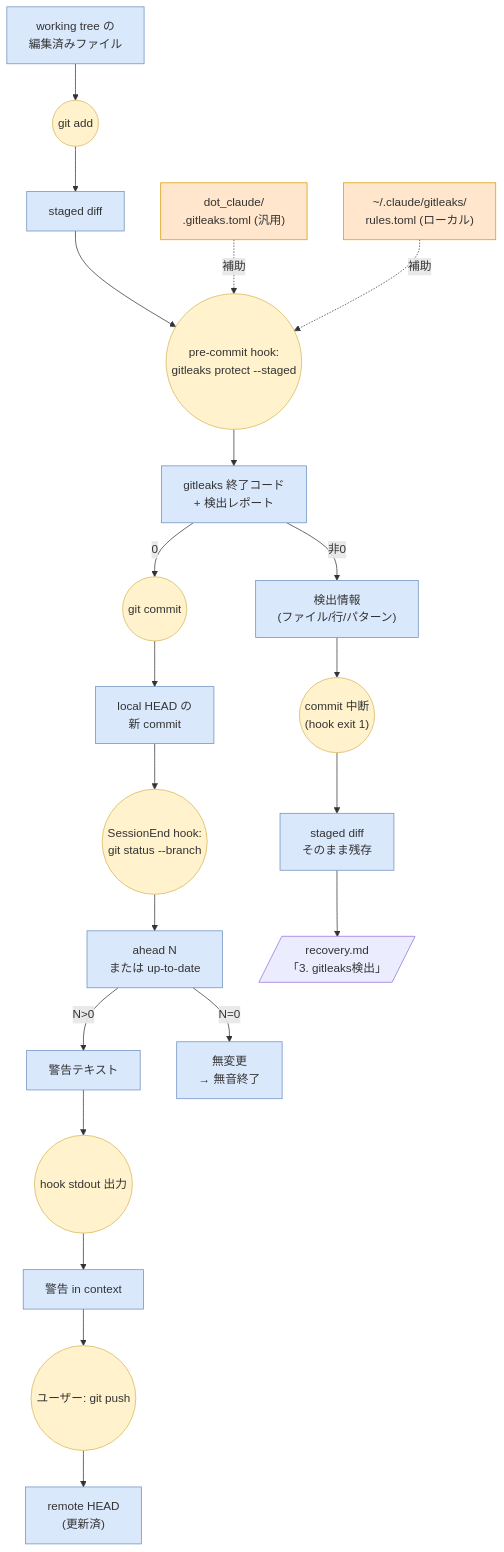
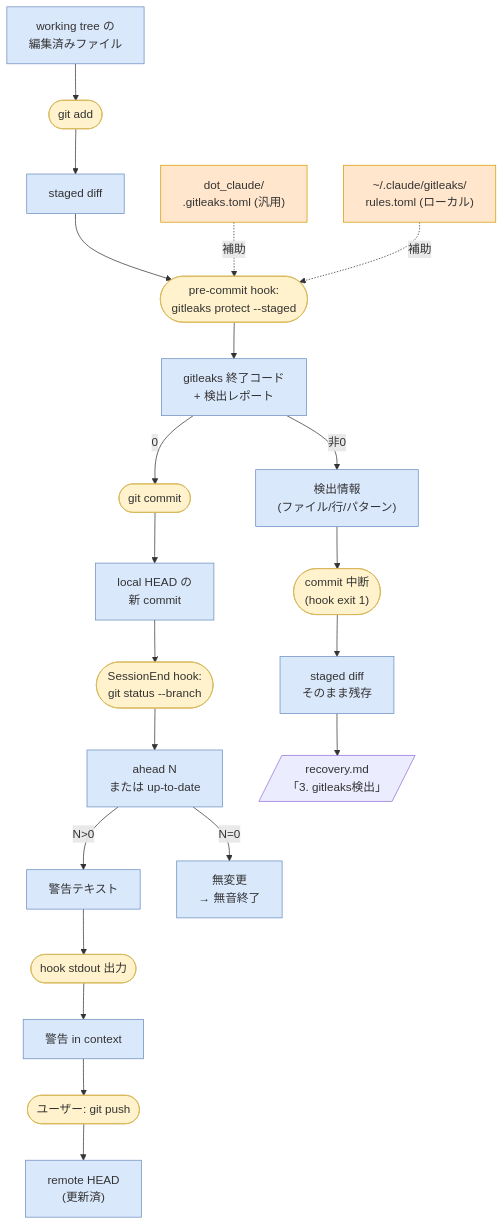
One commit to honokani/dot_claude changed the second of 2 diagrams in features/auto_manage/flow_diagram.md. Above: the diagram before and after it, drawn with Mermaid. The commit also changed other lines of this file and 3 other files, not shown here.

````diff
--- a/features/auto_manage/flow_diagram.md
+++ b/features/auto_manage/flow_diagram.md
@@ -35,43 +35,43 @@
 ```mermaid
 flowchart TD
     O_edit["working tree の<br/>編集済みファイル"]
-    T_add(("git add"))
+    T_add(["git add"])
     O_staged["staged diff"]
-    T_hook(("pre-commit hook:<br/>gitleaks protect --staged"))
+    T_hook(["pre-commit hook:<br/>gitleaks protect --staged"])
     O_rules_pub["dot_claude/<br/>.gitleaks.toml (汎用)"]
     O_rules_loc["~/.claude/gitleaks/<br/>rules.toml (ローカル)"]
     O_result["gitleaks 終了コード<br/>+ 検出レポート"]
 
-    T_commit(("git commit"))
+    T_commit(["git commit"])
     O_head["local HEAD の<br/>新 commit"]
-    T_status(("SessionEnd hook:<br/>git status --branch"))
+    T_status(["SessionEnd hook:<br/>git status --branch"])
     O_ahead["ahead N<br/>または up-to-date"]
     O_warn["警告テキスト"]
-    T_out(("hook stdout 出力"))
+    T_out(["hook stdout 出力"])
     O_ctx["警告 in context"]
-    T_push(("ユーザー: git push"))
+    T_push(["ユーザー: git push"])
     O_remote["remote HEAD<br/>(更新済)"]
     O_noop["無変更<br/>→ 無音終了"]
 
     O_detect["検出情報<br/>(ファイル/行/パターン)"]
-    T_abort(("commit 中断<br/>(hook exit 1)"))
+    T_abort(["commit 中断<br/>(hook exit 1)"])
     O_staged_left["staged diff<br/>そのまま残存"]
     R_gl[/"recovery.md<br/>「3. gitleaks検出」"/]
 
     O_edit --> T_add --> O_staged --> T_hook --> O_result
     O_rules_pub -.補助.-> T_hook
     O_rules_loc -.補助.-> T_hook
 
     O_result -->|"0"| T_commit --> O_head --> T_status --> O_ahead
     O_ahead -->|"N>0"| O_warn --> T_out --> O_ctx --> T_push --> O_remote
     O_ahead -->|"N=0"| O_noop
 
     O_result -->|"非0"| O_detect --> T_abort --> O_staged_left --> R_gl
 
     classDef obj fill:#dae8fc,stroke:#6c8ebf
     classDef task fill:#fff2cc,stroke:#d6b656
     classDef aux fill:#ffe6cc,stroke:#d79b00
     class O_edit,O_staged,O_result,O_head,O_ahead,O_warn,O_ctx,O_remote,O_noop,O_detect,O_staged_left obj
     class T_add,T_hook,T_commit,T_status,T_out,T_push,T_abort task
     class O_rules_pub,O_rules_loc aux
 ```
````
